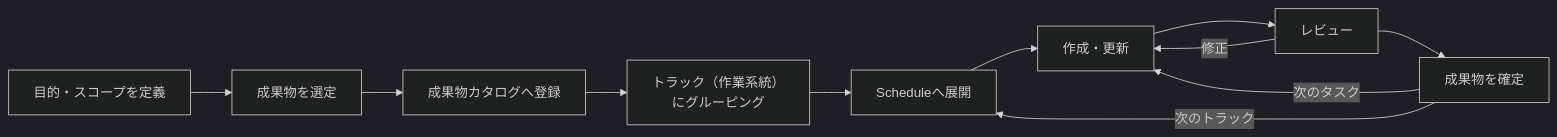
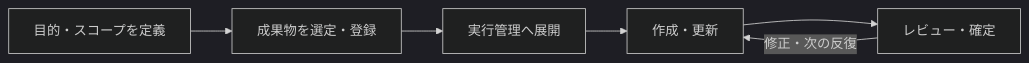
One commit to specdojo/specdojo changed the second of 3 diagrams in docs/ja/specdojo/guides/specdojo-overview-guide.md. Above: the diagram before and after it, drawn with Mermaid (dark theme). The commit also changed other lines of this file and 11 other files, not shown here.

````diff
--- a/docs/ja/specdojo/guides/specdojo-overview-guide.md
+++ b/docs/ja/specdojo/guides/specdojo-overview-guide.md
@@ -136,16 +136,11 @@
 ```mermaid
 flowchart LR
   A["目的・スコープを定義"]
-  B["成果物を選定"]
-  C["成果物カタログへ登録"]
-  D["トラック（作業系統）<br/>にグルーピング"]
-  E["Scheduleへ展開"]
-  F["作成・更新"]
-  G["レビュー"]
-  H["成果物を確定"]
+  B["成果物を選定・登録"]
+  C["実行管理へ展開"]
+  D["作成・更新"]
+  E["レビュー・確定"]
 
-  A --> B --> C --> D --> E --> F --> G --> H
-  G -->|修正| F
-  H -->|次のタスク| F
-  H -->|次のトラック| E
+  A --> B --> C --> D --> E
+  E -->|修正・次の反復| D
 ```
````
